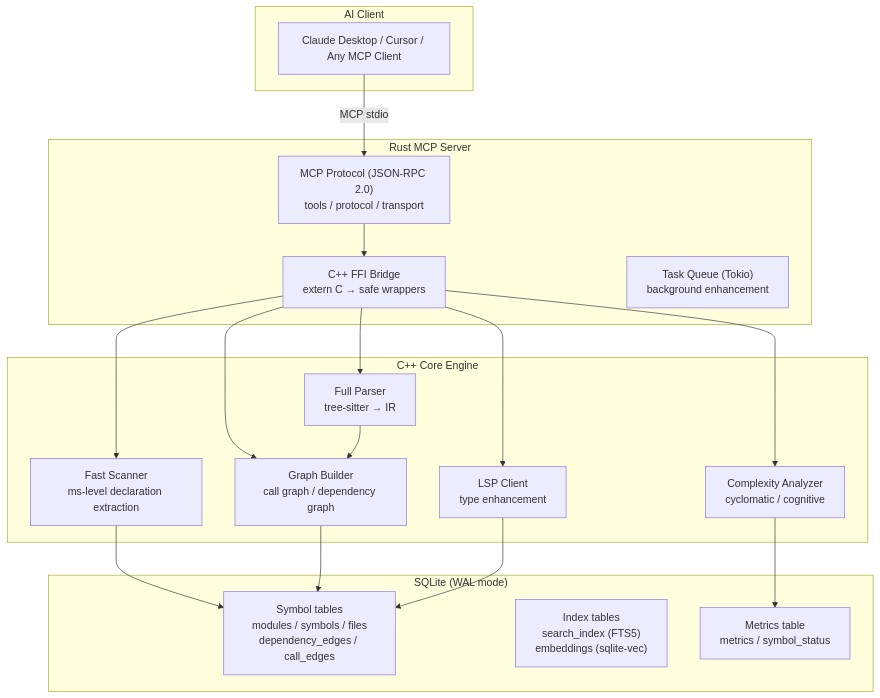
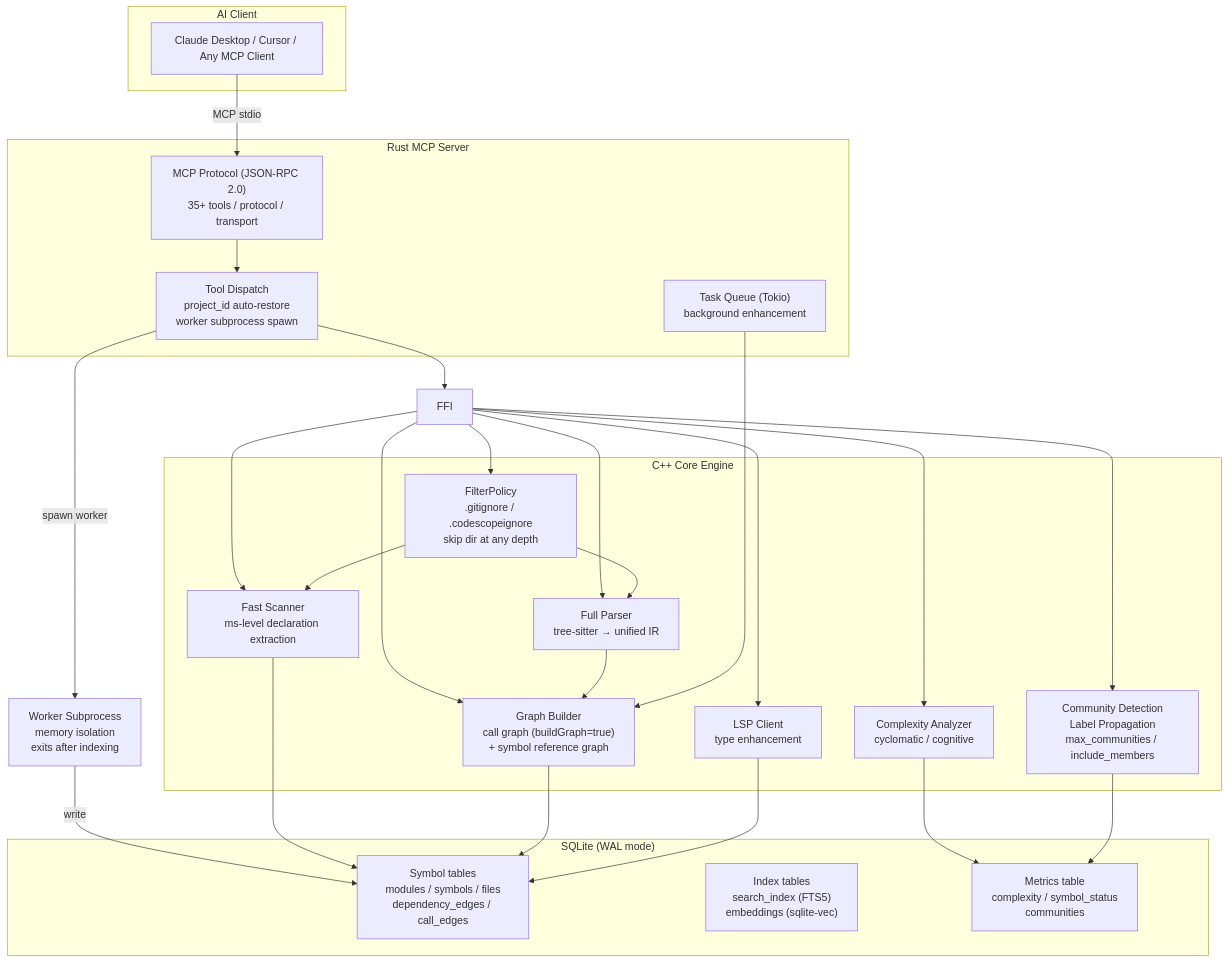
One commit to Timwood0x10/CodeScope changed the first of 4 diagrams in README.md. Above: the diagram before and after it, drawn with Mermaid. The commit also changed other lines of this file and 14 other files, not shown here.

````diff
--- a/README.md
+++ b/README.md
@@ -7,40 +7,51 @@
 ```mermaid
 graph TB
     subgraph "AI Client"
         Client["Claude Desktop / Cursor / Any MCP Client"]
     end
 
     subgraph "Rust MCP Server"
-        MCP["MCP Protocol (JSON-RPC 2.0)<br/>tools / protocol / transport"]
-        FFI["C++ FFI Bridge<br/>extern C → safe wrappers"]
+        MCP["MCP Protocol (JSON-RPC 2.0)<br/>35+ tools / protocol / transport"]
+        DISPATCH["Tool Dispatch<br/>project_id auto-restore<br/>worker subprocess spawn"]
         TQ["Task Queue (Tokio)<br/>background enhancement"]
     end
 
     subgraph "C++ Core Engine"
         SCANNER["Fast Scanner<br/>ms-level declaration extraction"]
-        PARSER["Full Parser<br/>tree-sitter → IR"]
-        GRAPH["Graph Builder<br/>call graph / dependency graph"]
+        FILTER["FilterPolicy<br/>.gitignore / .codescopeignore<br/>skip dir at any depth"]
+        PARSER["Full Parser<br/>tree-sitter → unified IR"]
+        GRAPH["Graph Builder<br/>call graph (buildGraph=true)<br/>+ symbol reference graph"]
         COMPLEXITY["Complexity Analyzer<br/>cyclomatic / cognitive"]
+        COMMUNITY["Community Detection<br/>Label Propagation<br/>max_communities / include_members"]
         LSP["LSP Client<br/>type enhancement"]
     end
 
     subgraph "SQLite (WAL mode)"
         FACTS["Symbol tables<br/>modules / symbols / files<br/>dependency_edges / call_edges"]
         INDICES["Index tables<br/>search_index (FTS5)<br/>embeddings (sqlite-vec)"]
-        METRICS["Metrics table<br/>metrics / symbol_status"]
+        METRICS["Metrics table<br/>complexity / symbol_status<br/>communities"]
     end
 
     Client -->|"MCP stdio"| MCP
-    MCP --> FFI
+    MCP --> DISPATCH
+    DISPATCH --> FFI
+    DISPATCH -->|"spawn worker"| WORKER["Worker Subprocess<br/>memory isolation<br/>exits after indexing"]
+    WORKER -->|"write"| FACTS
     FFI --> SCANNER
+    FFI --> FILTER
     FFI --> PARSER
     FFI --> GRAPH
     FFI --> COMPLEXITY
+    FFI --> COMMUNITY
     FFI --> LSP
 
     SCANNER --> FACTS
+    FILTER --> SCANNER
+    FILTER --> PARSER
     PARSER --> GRAPH
     GRAPH --> FACTS
     COMPLEXITY --> METRICS
+    COMMUNITY --> METRICS
     LSP --> FACTS
+    TQ --> GRAPH
 ```
````
